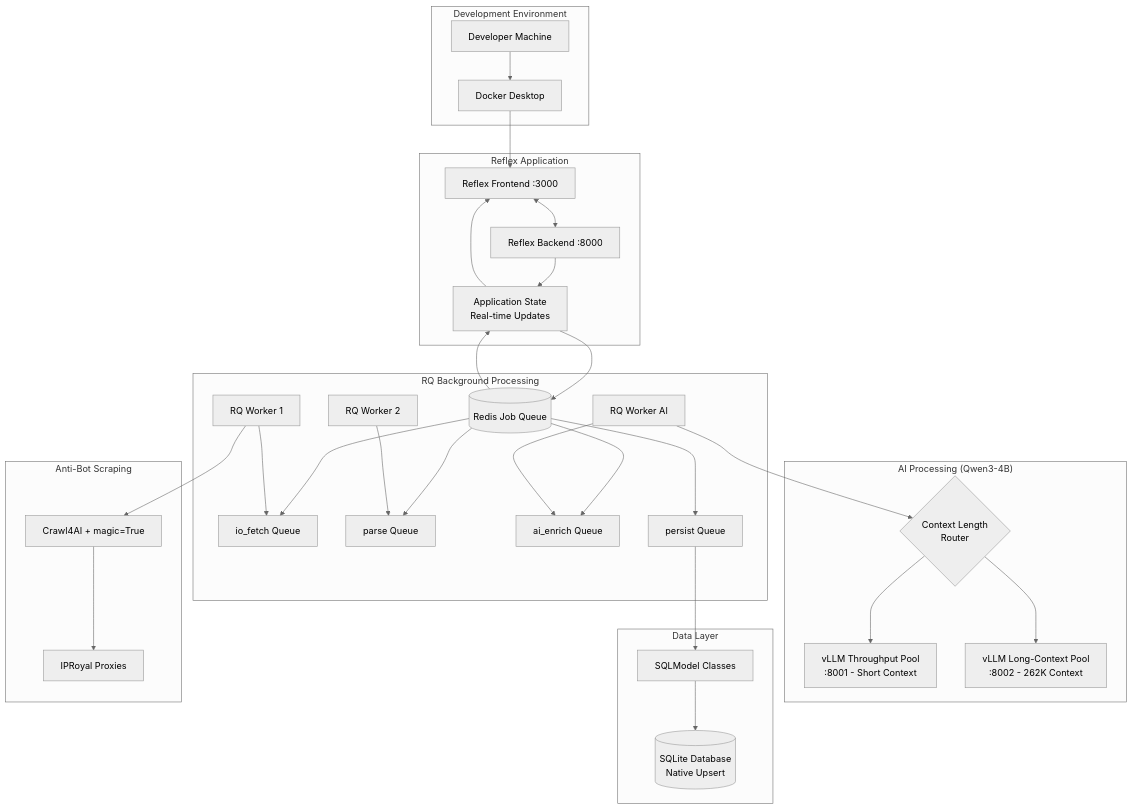
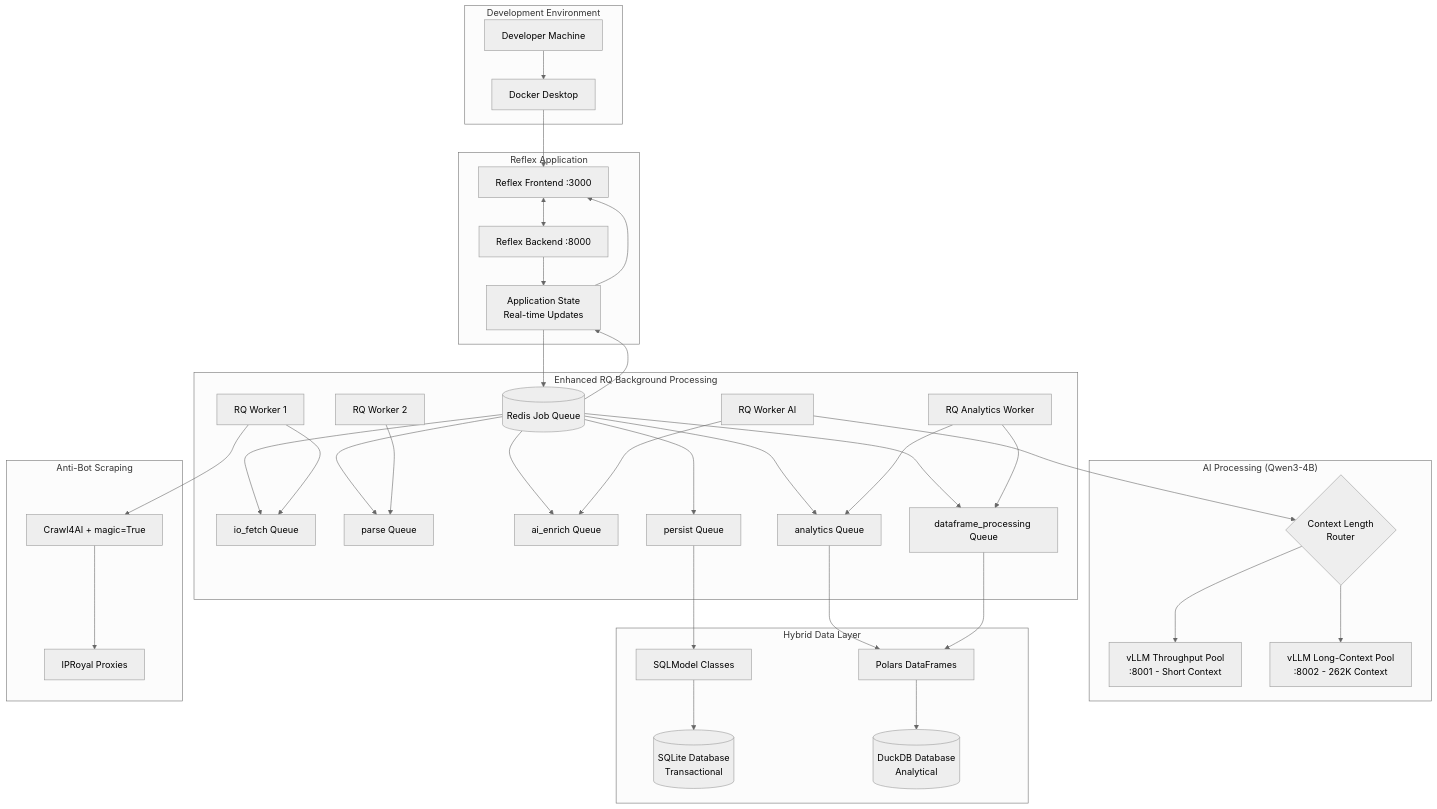
Before and after one commit to BjornMelin/ai-job-scraper: the diagram in docs/adrs/new/ADR-035-local-development-architecture.md, drawn with Mermaid (neutral theme). The commit also changed other lines of this file and 4 other files, not shown here.

First line of the commit message:
feat: enhance local development architecture and data management with analytical capabilities

````diff
--- a/docs/adrs/new/ADR-035-local-development-architecture.md
+++ b/docs/adrs/new/ADR-035-local-development-architecture.md
@@ -68,68 +68,81 @@
 ```mermaid
 graph TB
     subgraph "Development Environment"
         DEV[Developer Machine]
         DOCKER[Docker Desktop]
     end
     
     subgraph "Reflex Application"
         UI[Reflex Frontend :3000]
         API[Reflex Backend :8000]
         STATE[Application State<br/>Real-time Updates]
     end
     
-    subgraph "RQ Background Processing"
+    subgraph "Enhanced RQ Background Processing"
         REDIS[(Redis Job Queue)]
         FETCH_Q[io_fetch Queue]
         PARSE_Q[parse Queue]
-        AI_Q[ai_enrich Queue] 
+        AI_Q[ai_enrich Queue]
+        ANALYTICS_Q[analytics Queue]
+        DATAFRAME_Q[dataframe_processing Queue]
         PERSIST_Q[persist Queue]
         WORKER1[RQ Worker 1]
         WORKER2[RQ Worker 2]
         WORKER3[RQ Worker AI]
+        WORKER4[RQ Analytics Worker]
     end
     
     subgraph "AI Processing (Qwen3-4B)"
         VLLM_SHORT[vLLM Throughput Pool<br/>:8001 - Short Context]
         VLLM_LONG[vLLM Long-Context Pool<br/>:8002 - 262K Context]
         AI_ROUTER{Context Length<br/>Router}
     end
     
-    subgraph "Data Layer"
-        DB[(SQLite Database<br/>Native Upsert)]
+    subgraph "Hybrid Data Layer"
+        DB[(SQLite Database<br/>Transactional)]
+        ANALYTICS_DB[(DuckDB Database<br/>Analytical)]
         MODELS[SQLModel Classes]
+        POLARS[Polars DataFrames]
     end
     
     subgraph "Anti-Bot Scraping"
         CRAWLER[Crawl4AI + magic=True]
         PROXIES[IPRoyal Proxies]
     end
     
     DEV --> DOCKER
     DOCKER --> UI
     UI <--> API
     API --> STATE
     STATE --> REDIS
     
     REDIS --> FETCH_Q
-    REDIS --> PARSE_Q  
+    REDIS --> PARSE_Q
     REDIS --> AI_Q
+    REDIS --> ANALYTICS_Q
+    REDIS --> DATAFRAME_Q
     REDIS --> PERSIST_Q
     
     WORKER1 --> FETCH_Q
     WORKER1 --> CRAWLER
     CRAWLER --> PROXIES
     
     WORKER2 --> PARSE_Q
     WORKER3 --> AI_Q
     WORKER3 --> AI_ROUTER
+    WORKER4 --> ANALYTICS_Q
+    WORKER4 --> DATAFRAME_Q
     
     AI_ROUTER --> VLLM_SHORT
     AI_ROUTER --> VLLM_LONG
     
     PERSIST_Q --> MODELS
     MODELS --> DB
     
+    ANALYTICS_Q --> POLARS
+    DATAFRAME_Q --> POLARS
+    POLARS --> ANALYTICS_DB
+    
     REDIS --> STATE
     STATE --> UI
 ```
````
